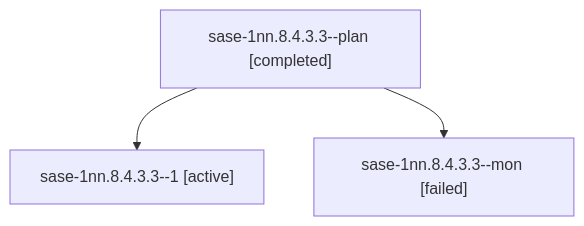
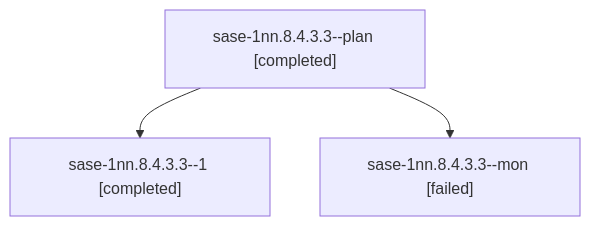
The diagram in sessions/bbugyi200.athena.sase-1nn.8.4.3.3.md (sase-org/sase--agents), drawn with Mermaid before and after one commit. The commit also changed other lines of this file and 169 other files, not shown here.

````diff
--- a/sessions/bbugyi200.athena.sase-1nn.8.4.3.3.md
+++ b/sessions/bbugyi200.athena.sase-1nn.8.4.3.3.md
@@ -9,8 +9,8 @@
 ```mermaid
 flowchart TD
   n0["sase-1nn.8.4.3.3--plan [completed]"]
-  n1["sase-1nn.8.4.3.3--1 [active]"]
+  n1["sase-1nn.8.4.3.3--1 [completed]"]
   n0 --> n1
   n2["sase-1nn.8.4.3.3--mon [failed]"]
   n0 --> n2
 ```
````
